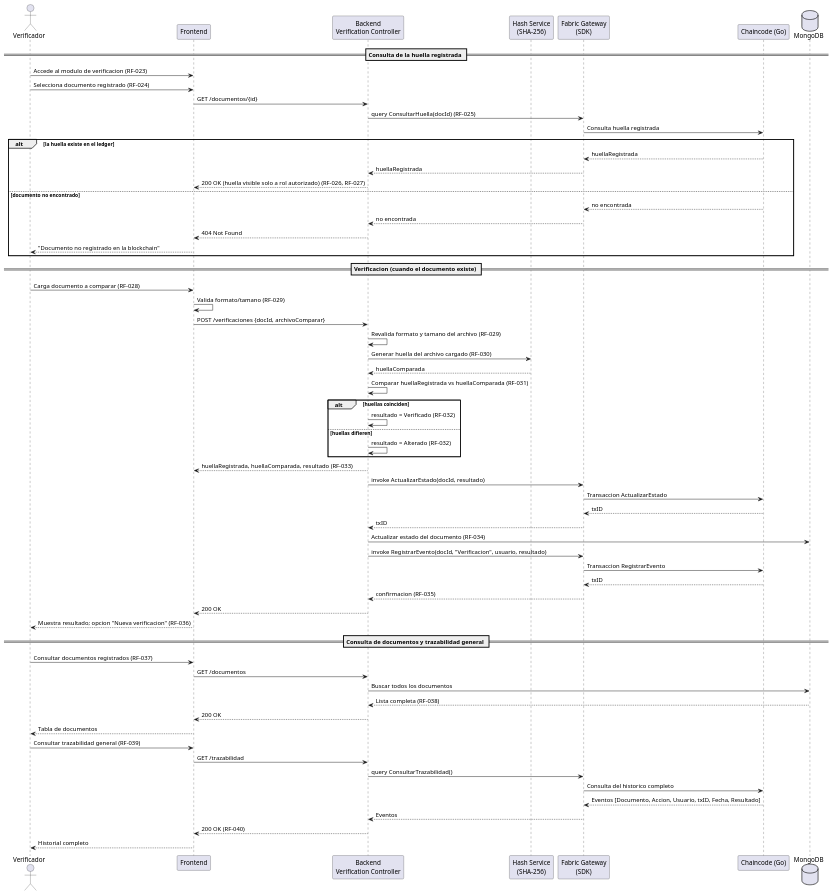
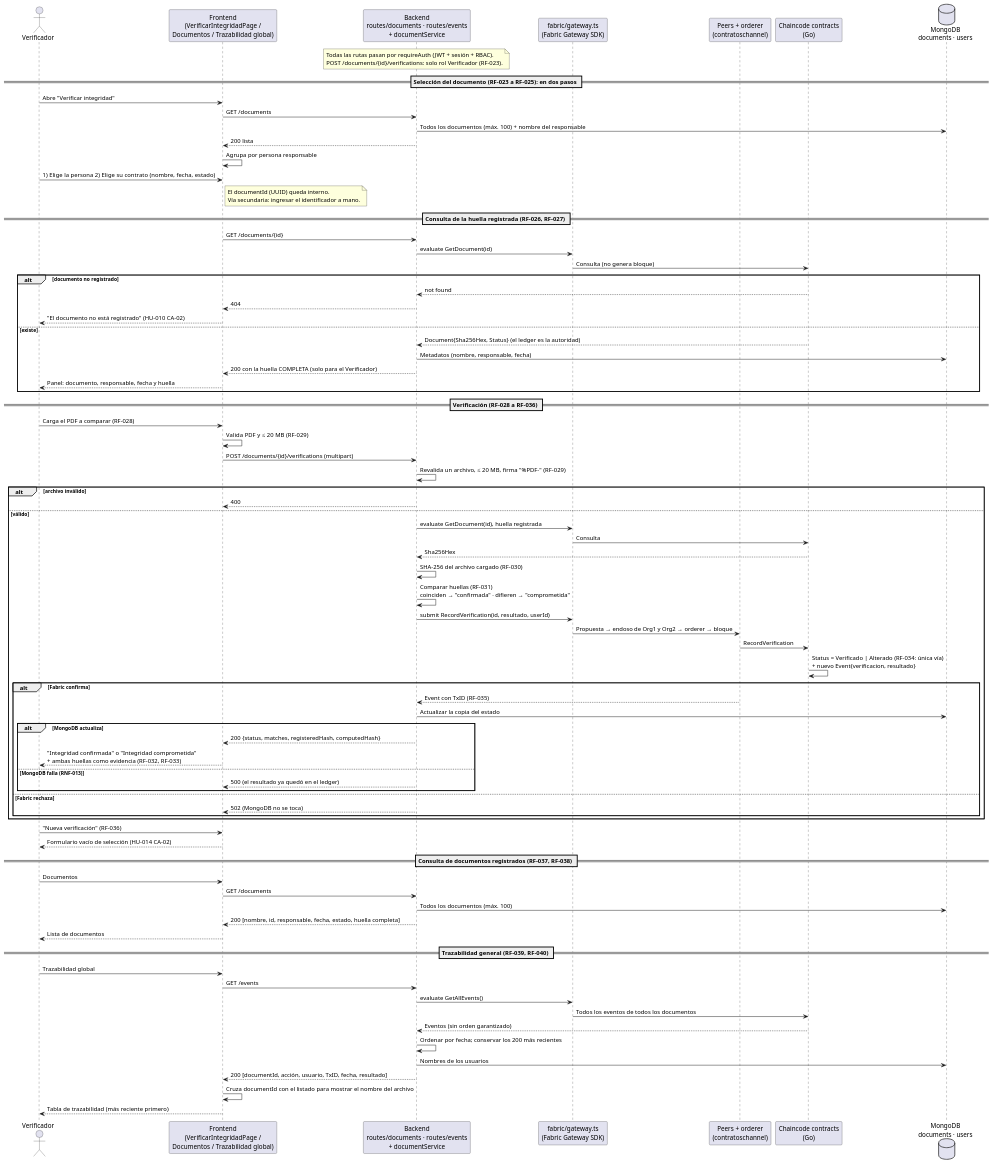
Before and after one commit to swummen/Blockchain_Contratos: the diagram in docs/Objetivo 2/uml/06-secuencia-rol-verificador.puml, drawn with PlantUML. The commit also changed 61 other files, not shown here.

```diff
--- a/docs/Objetivo 2/uml/06-secuencia-rol-verificador.puml
+++ b/docs/Objetivo 2/uml/06-secuencia-rol-verificador.puml
@@ -1,72 +1,93 @@
 @startuml 06-secuencia-rol-verificador
 actor Verificador
-participant "Frontend" as FE
-participant "Backend\nVerification Controller" as BE
-participant "Hash Service\n(SHA-256)" as Hash
-participant "Fabric Gateway\n(SDK)" as SDK
-participant "Chaincode (Go)" as CC
-database "MongoDB" as DB
+participant "Frontend\n(VerificarIntegridadPage /\nDocumentos / Trazabilidad global)" as FE
+participant "Backend\nroutes/documents · routes/events\n+ documentService" as BE
+participant "fabric/gateway.ts\n(Fabric Gateway SDK)" as GW
+participant "Peers + orderer\n(contratoschannel)" as Net
+participant "Chaincode contracts\n(Go)" as CC
+database "MongoDB\ndocuments · users" as DB
 
-== Consulta de la huella registrada ==
-Verificador -> FE : Accede al modulo de verificacion (RF-023)
-Verificador -> FE : Selecciona documento registrado (RF-024)
-FE -> BE : GET /documentos/{id}
-BE -> SDK : query ConsultarHuella(docId) (RF-025)
-SDK -> CC : Consulta huella registrada
+note over BE
+  Todas las rutas pasan por requireAuth (JWT + sesión + RBAC).
+  POST /documents/{id}/verifications: solo rol Verificador (RF-023).
+end note
 
-alt la huella existe en el ledger
-    CC --> SDK : huellaRegistrada
-    SDK --> BE : huellaRegistrada
-    BE --> FE : 200 OK (huella visible solo a rol autorizado) (RF-026, RF-027)
-else documento no encontrado
-    CC --> SDK : no encontrada
-    SDK --> BE : no encontrada
-    BE --> FE : 404 Not Found
-    FE --> Verificador : "Documento no registrado en la blockchain"
+== Selección del documento (RF-023 a RF-025): en dos pasos ==
+Verificador -> FE : Abre "Verificar integridad"
+FE -> BE : GET /documents
+BE -> DB : Todos los documentos (máx. 100) + nombre del responsable
+BE --> FE : 200 lista
+FE -> FE : Agrupa por persona responsable
+Verificador -> FE : 1) Elige la persona  2) Elige su contrato (nombre, fecha, estado)
+note right of FE
+  El documentId (UUID) queda interno.
+  Vía secundaria: ingresar el identificador a mano.
+end note
+
+== Consulta de la huella registrada (RF-026, RF-027) ==
+FE -> BE : GET /documents/{id}
+BE -> GW : evaluate GetDocument(id)
+GW -> CC : Consulta (no genera bloque)
+alt documento no registrado
+    CC --> BE : not found
+    BE --> FE : 404
+    FE --> Verificador : "El documento no está registrado" (HU-010 CA-02)
+else existe
+    CC --> BE : Document{Sha256Hex, Status} (el ledger es la autoridad)
+    BE -> DB : Metadatos (nombre, responsable, fecha)
+    BE --> FE : 200 con la huella COMPLETA (solo para el Verificador)
+    FE --> Verificador : Panel: documento, responsable, fecha y huella
 end
 
-== Verificacion (cuando el documento existe) ==
-Verificador -> FE : Carga documento a comparar (RF-028)
-FE -> FE : Valida formato/tamano (RF-029)
-FE -> BE : POST /verificaciones {docId, archivoComparar}
-BE -> BE : Revalida formato y tamano del archivo (RF-029)
-BE -> Hash : Generar huella del archivo cargado (RF-030)
-Hash --> BE : huellaComparada
-BE -> BE : Comparar huellaRegistrada vs huellaComparada (RF-031)
+== Verificación (RF-028 a RF-036) ==
+Verificador -> FE : Carga el PDF a comparar (RF-028)
+FE -> FE : Valida PDF y ≤ 20 MB (RF-029)
+FE -> BE : POST /documents/{id}/verifications (multipart)
+BE -> BE : Revalida un archivo, ≤ 20 MB, firma "%PDF-" (RF-029)
+alt archivo inválido
+    BE --> FE : 400
+else válido
+    BE -> GW : evaluate GetDocument(id), huella registrada
+    GW -> CC : Consulta
+    CC --> BE : Sha256Hex
+    BE -> BE : SHA-256 del archivo cargado (RF-030)
+    BE -> BE : Comparar huellas (RF-031)\ncoinciden → "confirmada" · difieren → "comprometida"
+    BE -> GW : submit RecordVerification(id, resultado, userId)
+    GW -> Net : Propuesta → endoso de Org1 y Org2 → orderer → bloque
+    Net -> CC : RecordVerification
+    CC -> CC : Status = Verificado | Alterado (RF-034: única vía)\n+ nuevo Event{verificacion, resultado}
+    alt Fabric confirma
+        Net --> BE : Event con TxID (RF-035)
+        BE -> DB : Actualizar la copia del estado
+        alt MongoDB actualiza
+            BE --> FE : 200 {status, matches, registeredHash, computedHash}
+            FE --> Verificador : "Integridad confirmada" o "Integridad comprometida"\n+ ambas huellas como evidencia (RF-032, RF-033)
+        else MongoDB falla (RNF-013)
+            BE --> FE : 500 (el resultado ya quedó en el ledger)
+        end
+    else Fabric rechaza
+        BE --> FE : 502 (MongoDB no se toca)
+    end
+end
+Verificador -> FE : "Nueva verificación" (RF-036)
+FE --> Verificador : Formulario vacío de selección (HU-014 CA-02)
 
-alt huellas coinciden
-    BE -> BE : resultado = Verificado (RF-032)
-else huellas difieren
-    BE -> BE : resultado = Alterado (RF-032)
-end
+== Consulta de documentos registrados (RF-037, RF-038) ==
+Verificador -> FE : Documentos
+FE -> BE : GET /documents
+BE -> DB : Todos los documentos (máx. 100)
+BE --> FE : 200 [nombre, id, responsable, fecha, estado, huella completa]
+FE --> Verificador : Lista de documentos
 
-BE --> FE : huellaRegistrada, huellaComparada, resultado (RF-033)
-BE -> SDK : invoke ActualizarEstado(docId, resultado)
-SDK -> CC : Transaccion ActualizarEstado
-CC --> SDK : txID
-SDK --> BE : txID
-BE -> DB : Actualizar estado del documento (RF-034)
-BE -> SDK : invoke RegistrarEvento(docId, "Verificacion", usuario, resultado)
-SDK -> CC : Transaccion RegistrarEvento
-CC --> SDK : txID
-SDK --> BE : confirmacion (RF-035)
-BE --> FE : 200 OK
-FE --> Verificador : Muestra resultado; opcion "Nueva verificacion" (RF-036)
-
-== Consulta de documentos y trazabilidad general ==
-Verificador -> FE : Consultar documentos registrados (RF-037)
-FE -> BE : GET /documentos
-BE -> DB : Buscar todos los documentos
-DB --> BE : Lista completa (RF-038)
-BE --> FE : 200 OK
-FE --> Verificador : Tabla de documentos
-
-Verificador -> FE : Consultar trazabilidad general (RF-039)
-FE -> BE : GET /trazabilidad
-BE -> SDK : query ConsultarTrazabilidad()
-SDK -> CC : Consulta del historico completo
-CC --> SDK : Eventos [Documento, Accion, Usuario, txID, Fecha, Resultado]
-SDK --> BE : Eventos
-BE --> FE : 200 OK (RF-040)
-FE --> Verificador : Historial completo
+== Trazabilidad general (RF-039, RF-040) ==
+Verificador -> FE : Trazabilidad global
+FE -> BE : GET /events
+BE -> GW : evaluate GetAllEvents()
+GW -> CC : Todos los eventos de todos los documentos
+CC --> BE : Eventos (sin orden garantizado)
+BE -> BE : Ordenar por fecha; conservar los 200 más recientes
+BE -> DB : Nombres de los usuarios
+BE --> FE : 200 [documentId, acción, usuario, TxID, fecha, resultado]
+FE -> FE : Cruza documentId con el listado para mostrar el nombre del archivo
+FE --> Verificador : Tabla de trazabilidad (más reciente primero)
 @enduml
```
